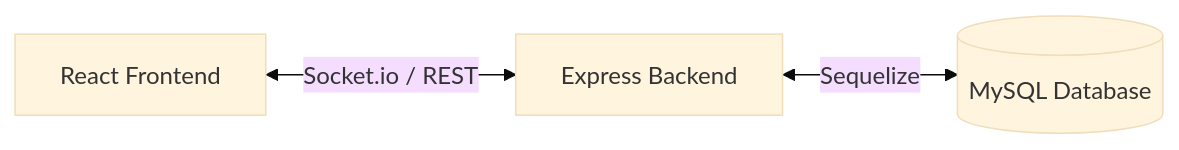
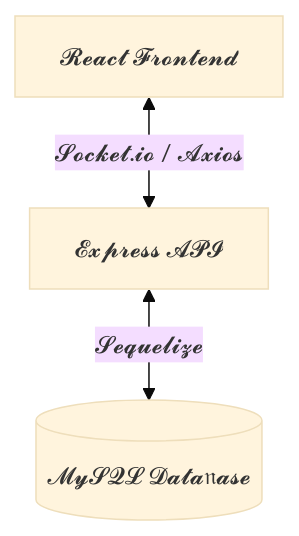
One commit to dilshandevxx/FamilyCare-Univercity-Project changed the diagram in README.md. Above: the diagram before and after it, drawn with Mermaid (base theme). The commit also changed other lines of this file and 2 other files, not shown here.

````diff
--- a/README.md
+++ b/README.md
@@ -45,5 +56,5 @@
 ```mermaid
-graph LR
-    A[React Frontend] <-->|Socket.io / REST| B[Express Backend]
-    B <-->|Sequelize| C[(MySQL Database)]
+graph TD
+    A[𝓡𝓮𝓪𝓬𝓽 𝓕𝓻𝓸𝓷𝓽𝓮𝓷𝓭] <-->|𝓢𝓸𝓬𝓴𝓮𝓽.𝓲𝓸 / 𝓐𝔁𝓲𝓸𝓼| B[𝓔𝔁𝓹𝓻𝓮𝓼𝓼 𝓐𝓟𝓘]
+    B <-->|𝓢𝓮𝓺𝓾𝓮𝓵𝓲𝔃𝓮| C[(𝓜𝔂𝓢𝓠𝓛 𝓓𝓪𝓽𝓪𝔫𝓪𝓼𝓮)]
 ```
````
